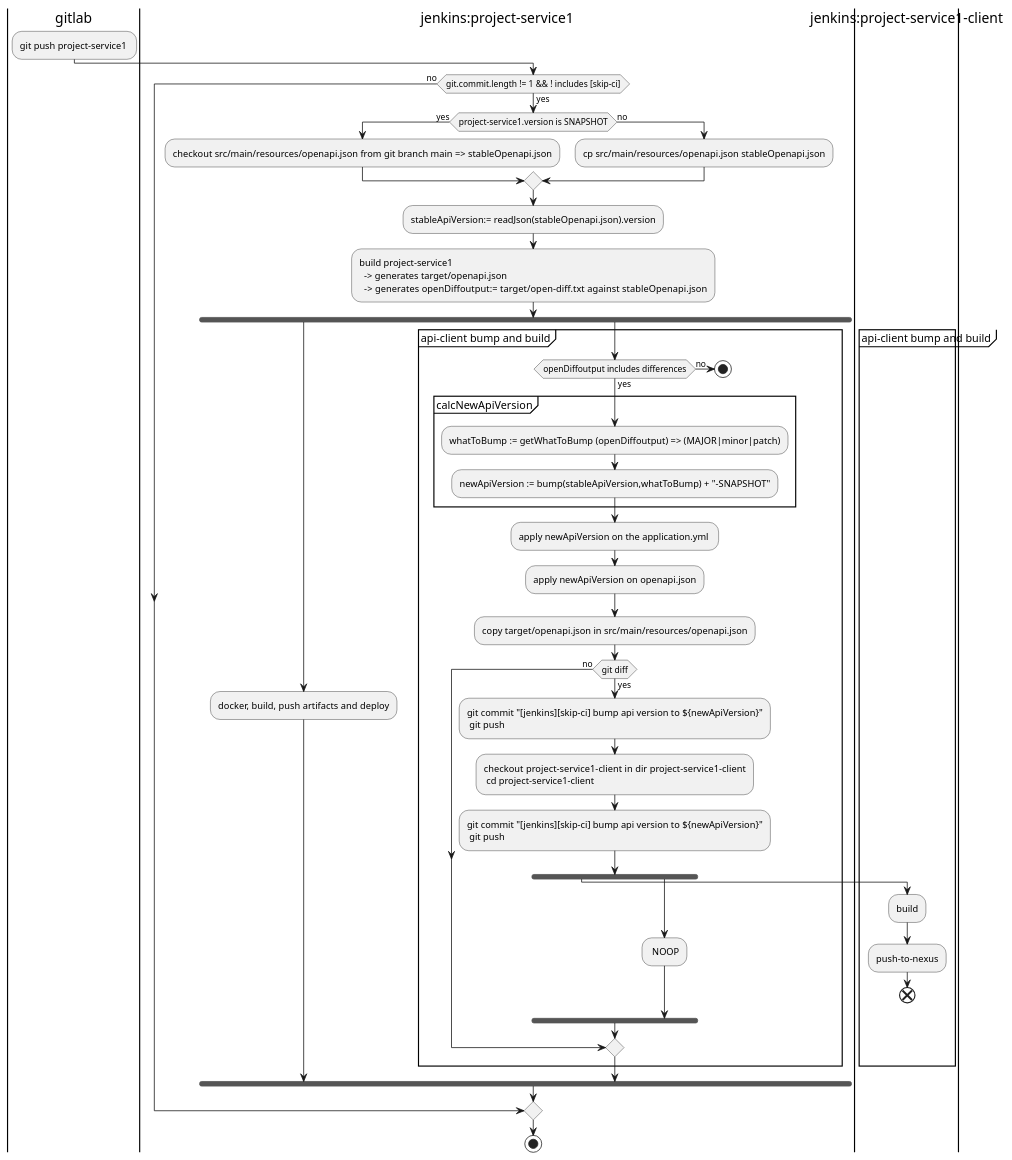
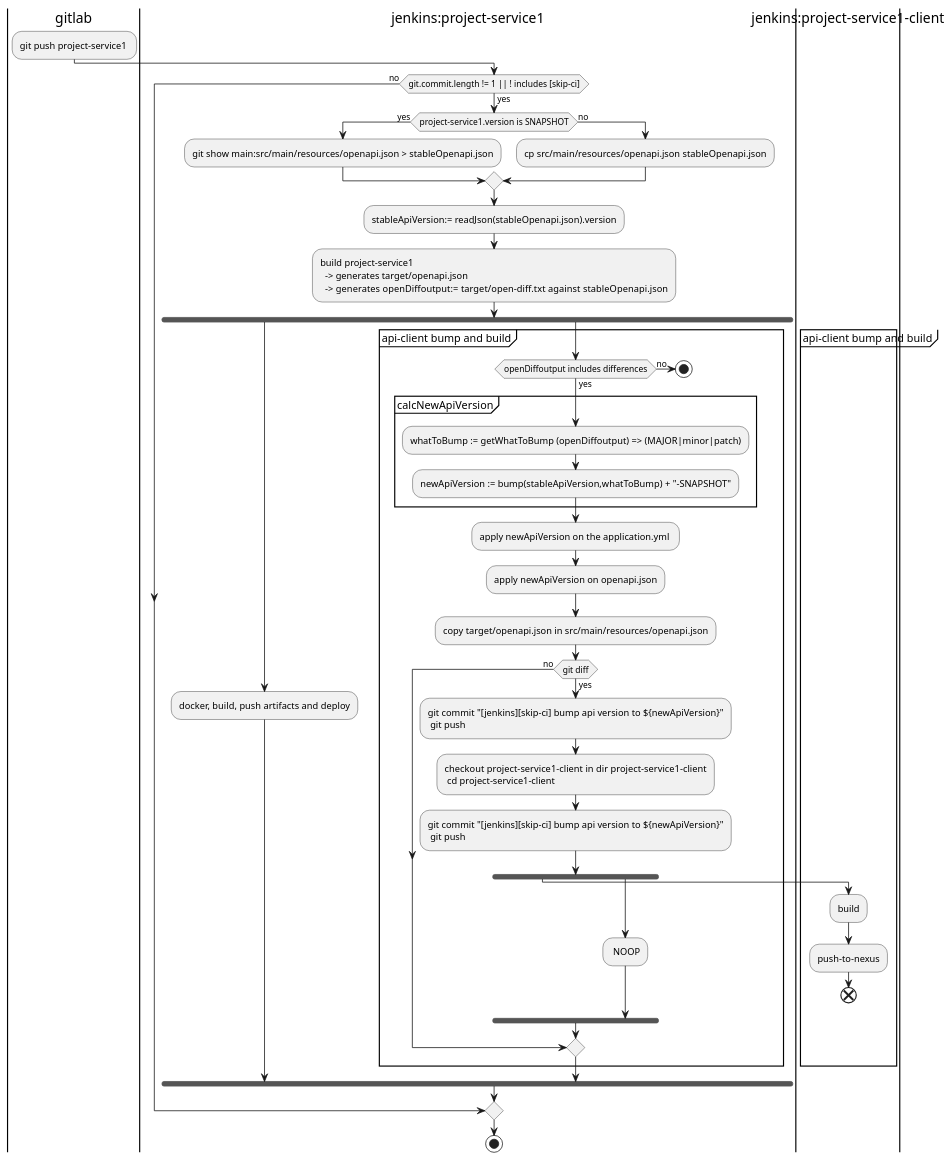
One commit to mauropanzeri/api-docs-automation changed the diagram in demo-person-service/docs/client-generation-activity.puml. Above: the diagram before and after it, drawn with PlantUML. The commit also changed 4 other files, not shown here.

```diff
--- a/demo-person-service/docs/client-generation-activity.puml
+++ b/demo-person-service/docs/client-generation-activity.puml
@@ -1,53 +1,53 @@
 @startuml "client generation"
 |gitlab|
   :git push project-service1 ;
 |jenkins:project-service1|
-  if(git.commit.length != 1 && ! includes [skip-ci]) then (yes)
+  if(git.commit.length != 1 || ! includes [skip-ci]) then (yes)
     if(project-service1.version is SNAPSHOT) then (yes)
-      :checkout src/main/resources/openapi.json from git branch main => stableOpenapi.json;
+      :git show main:src/main/resources/openapi.json > stableOpenapi.json;
     else (no)
       :cp src/main/resources/openapi.json stableOpenapi.json;
     endif
     :stableApiVersion:= readJson(stableOpenapi.json).version;
     :build project-service1
       -> generates target/openapi.json 
       -> generates openDiffoutput:= target/open-diff.txt  against  stableOpenapi.json;
     fork
       :docker, build, push artifacts and deploy;
     fork again
       partition api-client bump and build {
         if(openDiffoutput includes differences) then (yes)
           partition calcNewApiVersion{
             :whatToBump := getWhatToBump (openDiffoutput) => (MAJOR|minor|patch);
             :newApiVersion := bump(stableApiVersion,whatToBump) + "-SNAPSHOT";
           }
           :apply newApiVersion on the application.yml ;
           :apply newApiVersion on openapi.json;  
           :copy target/openapi.json in src/main/resources/openapi.json;
           if(git diff) then (yes) 
             :git commit "[jenkins][skip-ci] bump api version to ${newApiVersion}"
              git push ;                    
             :checkout project-service1-client in dir  project-service1-client 
              cd project-service1-client;
             :git commit "[jenkins][skip-ci] bump api version to ${newApiVersion}"
              git push ;                    
             fork
               |jenkins:project-service1-client|
                 :build;
                 :push-to-nexus;
                 end
             fork again
               |jenkins:project-service1|
               : NOOP;
             end fork
           else (no)
           endif
         else (no)
           stop
         endif
       }
     end fork
   else (no)
   endif
   stop
 @enduml
```
